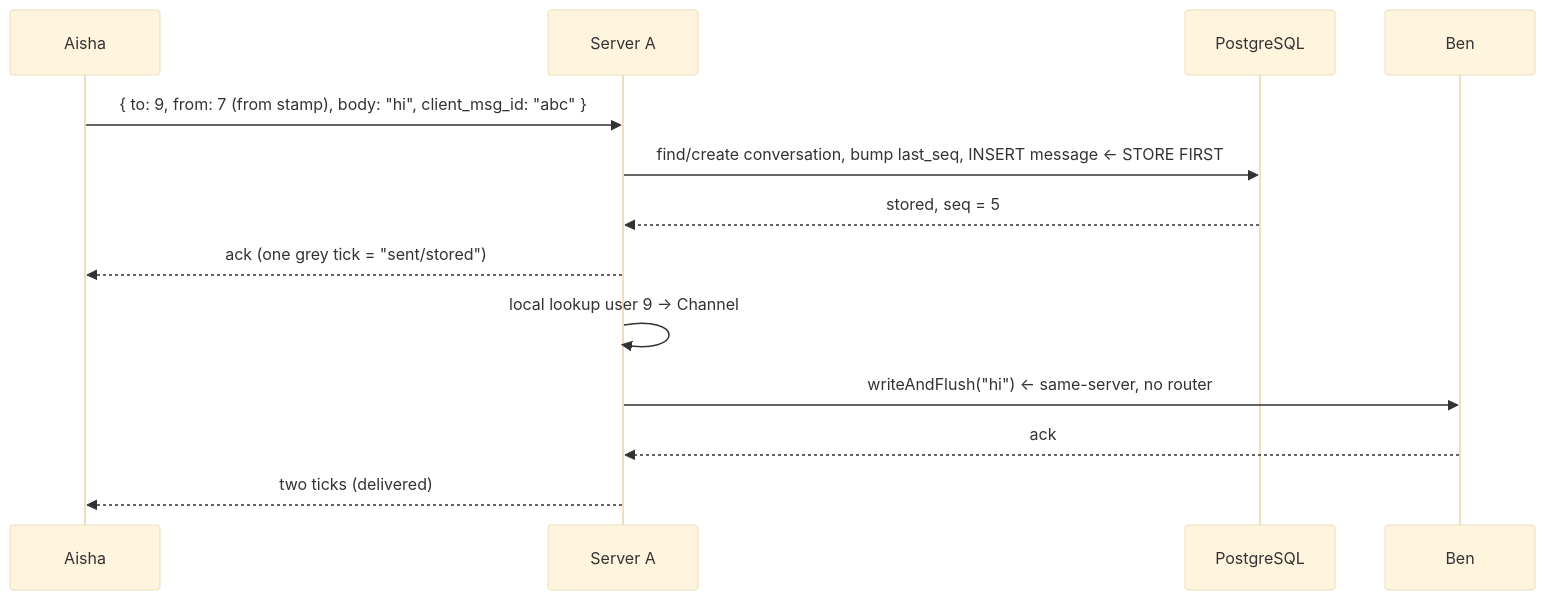
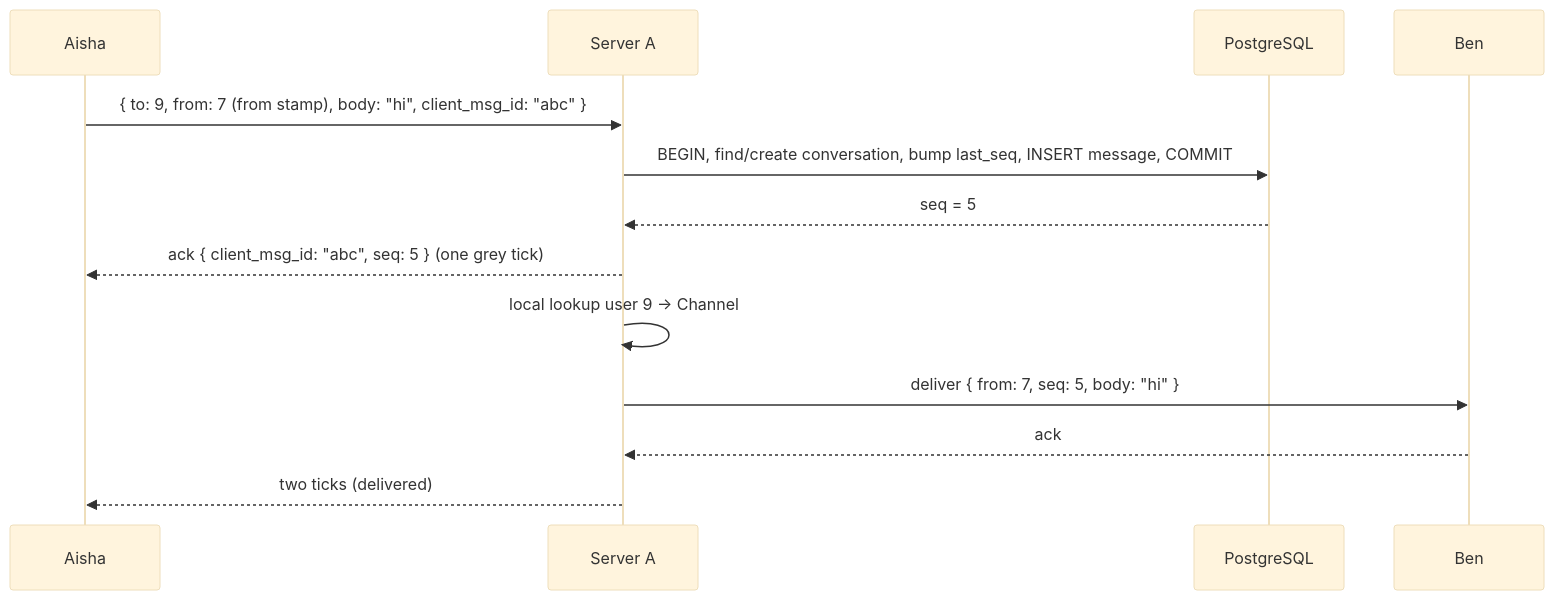
One commit to psquared-dev/java-questions changed the second of 4 diagrams in system-design/new/04. whatsapp.md. Above: the diagram before and after it, drawn with Mermaid (base theme). The commit also changed other lines of this file, not shown here.

````diff
--- a/system-design/new/04. whatsapp.md
+++ b/system-design/new/04. whatsapp.md
@@ -406,15 +412,15 @@
 ```mermaid
 sequenceDiagram
     participant Aisha
     participant A as Server A
     participant PG as PostgreSQL
     participant Ben
     Aisha ->> A: { to: 9, from: 7 (from stamp), body: "hi", client_msg_id: "abc" }
-    A ->> PG: find/create conversation, bump last_seq, INSERT message ← STORE FIRST
-    PG -->> A: stored, seq = 5
-    A -->> Aisha: ack (one grey tick = "sent/stored")
+    A ->> PG: BEGIN, find/create conversation, bump last_seq, INSERT message, COMMIT
+    PG -->> A: seq = 5
+    A -->> Aisha: ack { client_msg_id: "abc", seq: 5 } (one grey tick)
     A ->> A: local lookup user 9 → Channel
-    A ->> Ben: writeAndFlush("hi") ← same-server, no router
+    A ->> Ben: deliver { from: 7, seq: 5, body: "hi" }
     Ben -->> A: ack
     A -->> Aisha: two ticks (delivered)
 ```
````
